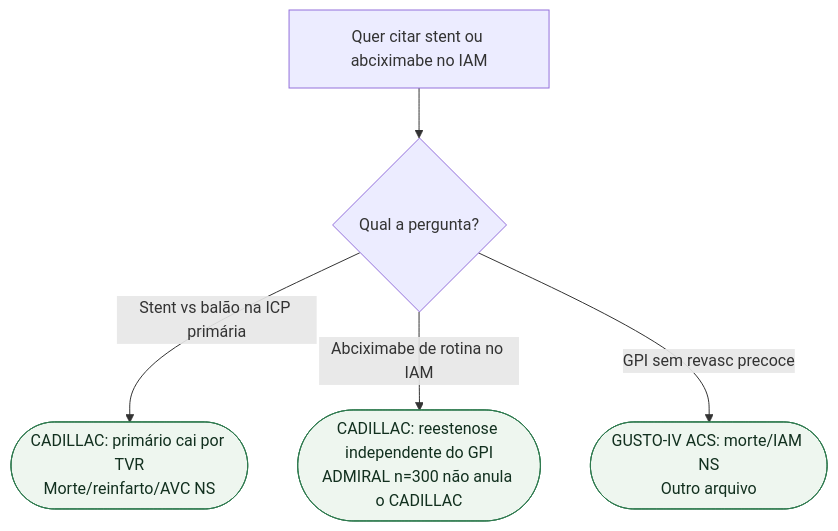
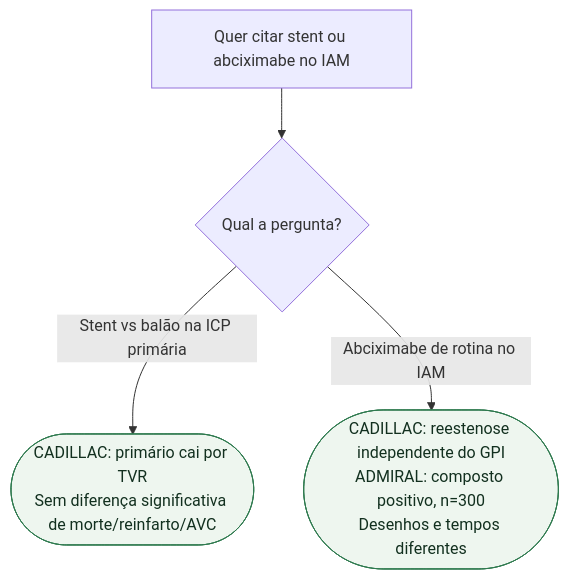
Before and after one commit to rafaelpaesmeirelles/MeuCardio: the diagram in content/Doença_coronariana/fluxograma-cadillac-admiral-stent-e-abciximabe-no-iam.md, drawn with Mermaid. The commit also changed other lines of this file and 704 other files, not shown here.

````diff
--- a/content/Doença_coronariana/fluxograma-cadillac-admiral-stent-e-abciximabe-no-iam.md
+++ b/content/Doença_coronariana/fluxograma-cadillac-admiral-stent-e-abciximabe-no-iam.md
@@ -17,13 +23,12 @@
 ```mermaid
 flowchart TD
   R0["Quer citar stent ou abciximabe no IAM"] --> D1{"Qual a pergunta?"}
 
-  D1 -->|"Stent vs balão na ICP primária"| C1(["CADILLAC: primário cai por TVR<br/>Morte/reinfarto/AVC NS"])
+  D1 -->|"Stent vs balão na ICP primária"| C1(["CADILLAC: primário cai por TVR<br/>Sem diferença significativa de morte/reinfarto/AVC"])
 
-  D1 -->|"Abciximabe de rotina no IAM"| C2(["CADILLAC: reestenose independente do GPI<br/>ADMIRAL n=300 não anula o CADILLAC"])
+  D1 -->|"Abciximabe de rotina no IAM"| C2(["CADILLAC: reestenose independente do GPI<br/>ADMIRAL: composto positivo, n=300<br/>Desenhos e tempos diferentes"])
 
-  D1 -->|"GPI sem revasc precoce"| C3(["GUSTO-IV ACS: morte/IAM NS<br/>Outro arquivo"])
 
   classDef conduta fill:#eef6ef,stroke:#2f7a4f,color:#12301f;
-  class C1,C2,C3 conduta;
+  class C1,C2 conduta;
 ```
````
